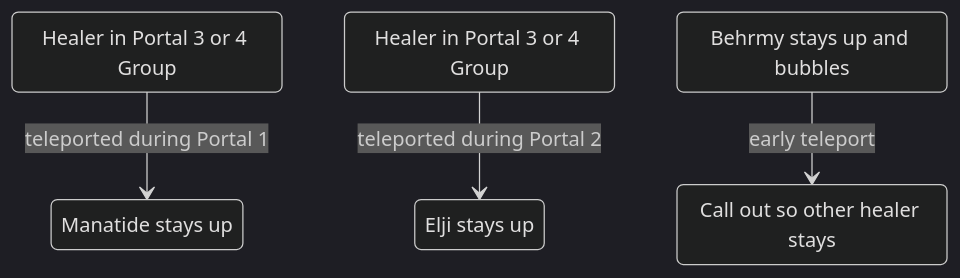
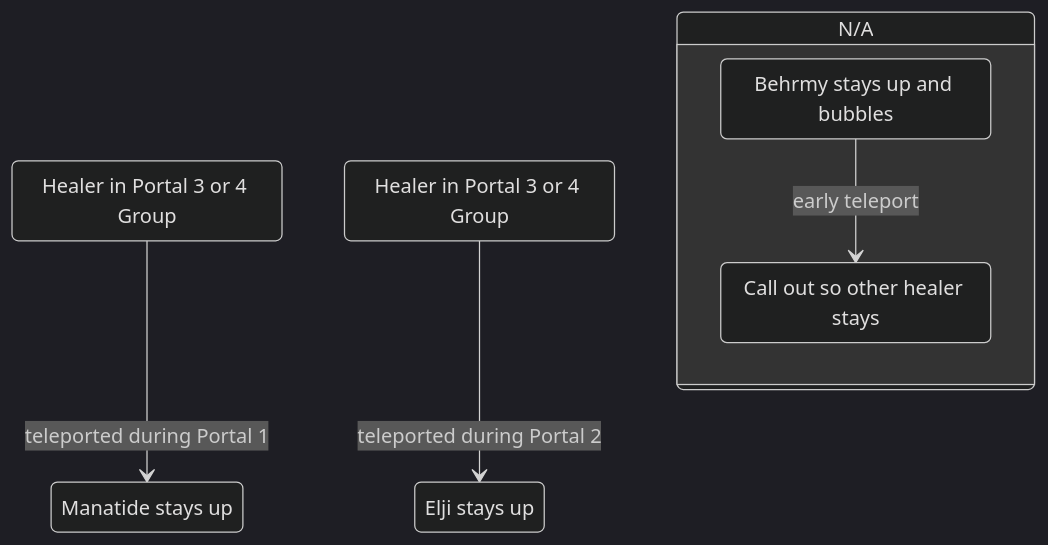
One commit to leemWF/READMEVault changed the third of 10 diagrams in wepulled/swp/README.md. Above: the diagram before and after it, drawn with Mermaid (dark theme). The commit also changed other lines of this file, not shown here.

````diff
--- a/wepulled/swp/README.md
+++ b/wepulled/swp/README.md
@@ -39,14 +49,16 @@
 ```mermaid
 stateDiagram-v2
     s1: Healer in Portal 3 or 4 Group
     s2: Manatide stays up
     s1 --> s2: teleported during Portal 1
 
     s3: Healer in Portal 3 or 4 Group
     s4: Elji stays up
     s3 --> s4: teleported during Portal 2
 
+    state N/A {
     s5: Behrmy stays up and bubbles
     s6: Call out so other healer stays
     s5 --> s6: early teleport
+    }
 ```
````
